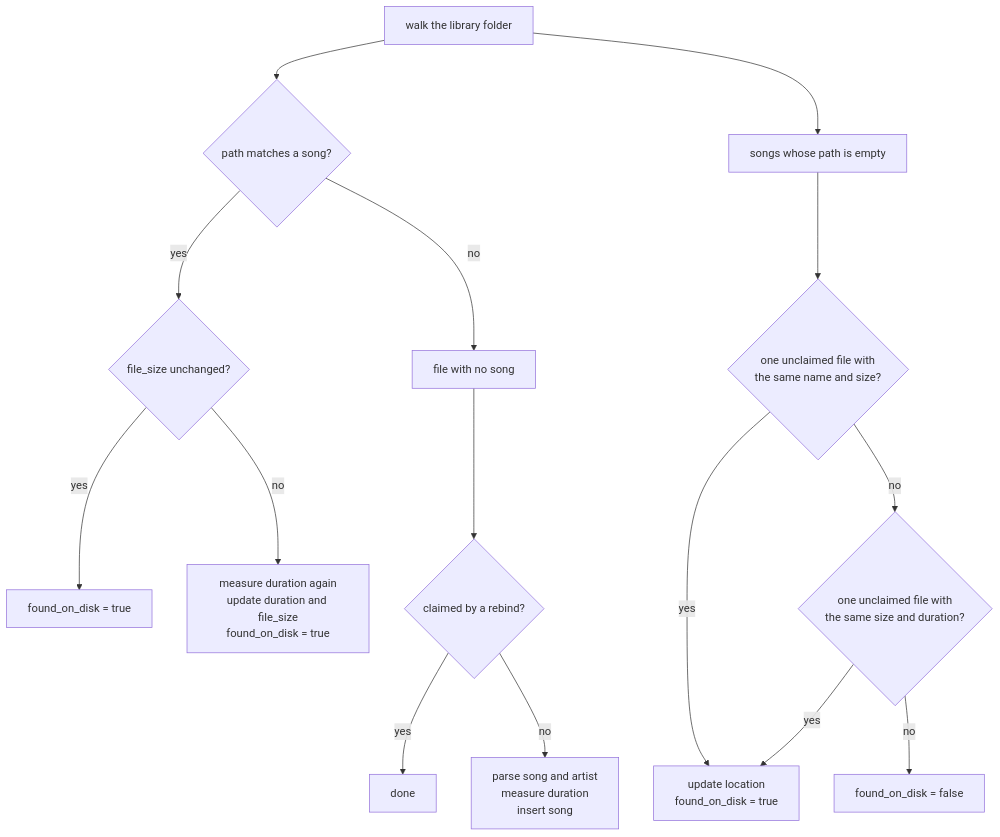
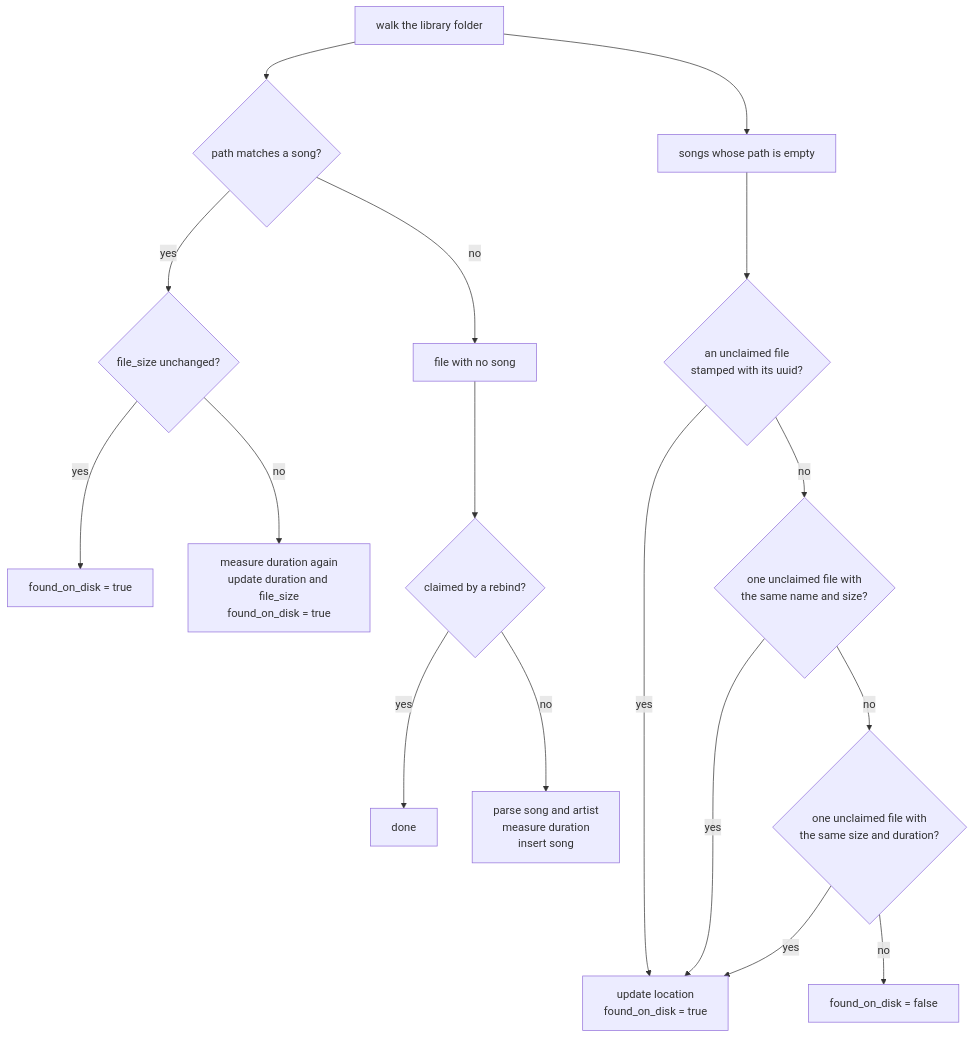
One commit to deltaqyto/DeltaMusic changed the second of 2 diagrams in documents/core-data.md. Above: the diagram before and after it, drawn with Mermaid. The commit also changed other lines of this file and 43 other files, not shown here.

````diff
--- a/documents/core-data.md
+++ b/documents/core-data.md
@@ -47,19 +51,21 @@
 ```mermaid
 flowchart TD
     START["walk the library folder"] --> MATCH{"path matches a song?"}
     MATCH -->|yes| SIZE{"file_size unchanged?"}
     SIZE -->|yes| OK["found_on_disk = true"]
     SIZE -->|no| REPROBE["measure duration again<br/>update duration and file_size<br/>found_on_disk = true"]
     MATCH -->|no| NEWFILE["file with no song"]
 
     START --> GONE["songs whose path is empty"]
-    GONE --> BYNAME{"one unclaimed file with<br/>the same name and size?"}
-    BYNAME -->|yes| REBIND["update location<br/>found_on_disk = true"]
+    GONE --> BYUUID{"an unclaimed file<br/>stamped with its uuid?"}
+    BYUUID -->|yes| REBIND["update location<br/>found_on_disk = true"]
+    BYUUID -->|no| BYNAME{"one unclaimed file with<br/>the same name and size?"}
+    BYNAME -->|yes| REBIND
     BYNAME -->|no| BYSIZE{"one unclaimed file with<br/>the same size and duration?"}
     BYSIZE -->|yes| REBIND
     BYSIZE -->|no| LOST["found_on_disk = false"]
 
     NEWFILE --> CLAIMED{"claimed by a rebind?"}
     CLAIMED -->|yes| DONE["done"]
     CLAIMED -->|no| INSERT["parse song and artist<br/>measure duration<br/>insert song"]
 ```
````
